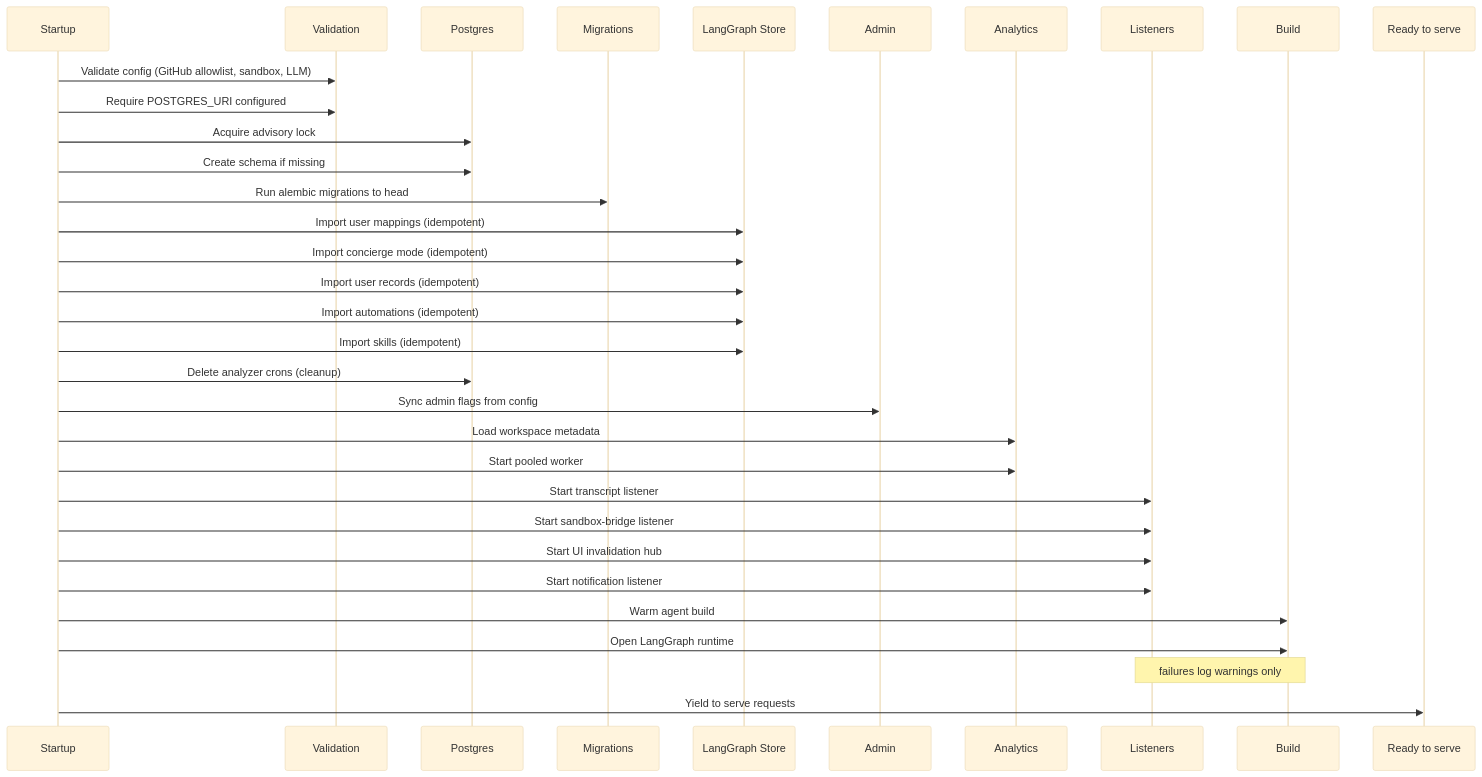
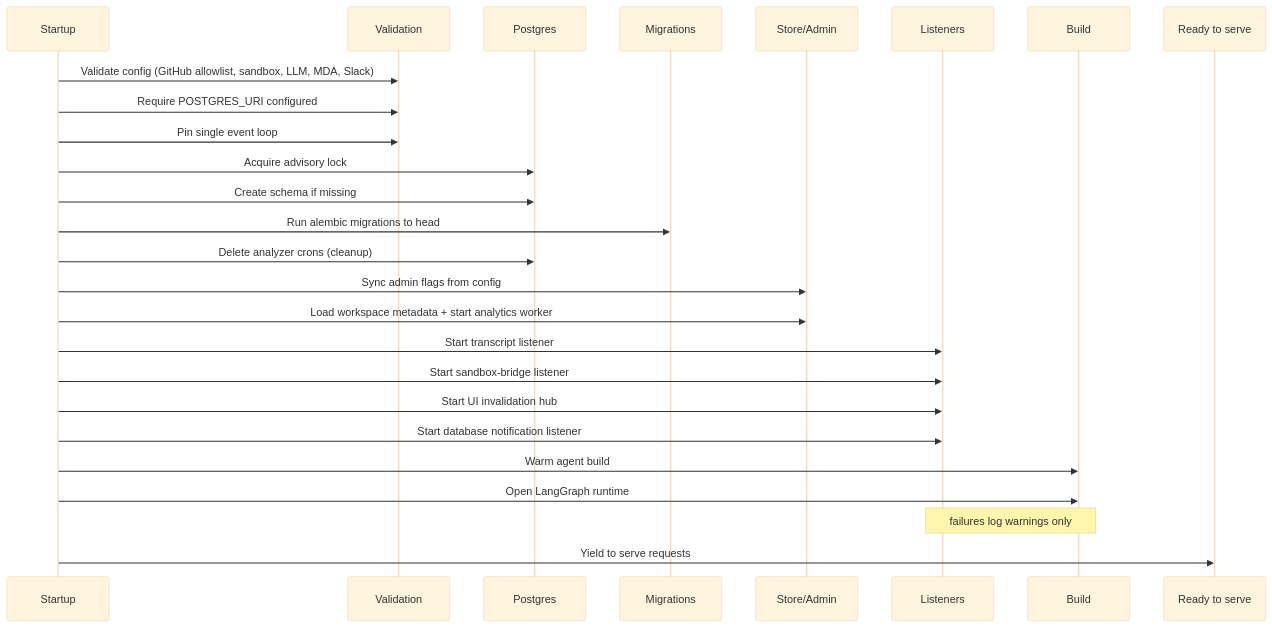
One commit to aeteq/open-swe changed the diagram in openwiki/operations/deployment.md. Above: the diagram before and after it, drawn with Mermaid (base theme). The commit also changed other lines of this file and 48 other files, not shown here.

````diff
--- a/openwiki/operations/deployment.md
+++ b/openwiki/operations/deployment.md
@@ -69,36 +69,29 @@
 ```mermaid
 sequenceDiagram
   participant Boot as Startup
   participant Validation as Validation
   participant DB as Postgres
   participant Migrations as Migrations
-  participant Store as LangGraph Store
-  participant Admin as Admin
-  participant Analytics as Analytics
+  participant Store as Store/Admin
   participant Listeners as Listeners
   participant Build as Build
   participant Ready as Ready to serve
 
-  Boot->>Validation: Validate config (GitHub allowlist, sandbox, LLM)
+  Boot->>Validation: Validate config (GitHub allowlist, sandbox, LLM, MDA, Slack)
   Boot->>Validation: Require POSTGRES_URI configured
+  Boot->>Validation: Pin single event loop
   Boot->>DB: Acquire advisory lock
   Boot->>DB: Create schema if missing
   Boot->>Migrations: Run alembic migrations to head
-  Boot->>Store: Import user mappings (idempotent)
-  Boot->>Store: Import concierge mode (idempotent)
-  Boot->>Store: Import user records (idempotent)
-  Boot->>Store: Import automations (idempotent)
-  Boot->>Store: Import skills (idempotent)
   Boot->>DB: Delete analyzer crons (cleanup)
-  Boot->>Admin: Sync admin flags from config
-  Boot->>Analytics: Load workspace metadata
-  Boot->>Analytics: Start pooled worker
+  Boot->>Store: Sync admin flags from config
+  Boot->>Store: Load workspace metadata + start analytics worker
   Boot->>Listeners: Start transcript listener
   Boot->>Listeners: Start sandbox-bridge listener
   Boot->>Listeners: Start UI invalidation hub
-  Boot->>Listeners: Start notification listener
+  Boot->>Listeners: Start database notification listener
   Boot->>Build: Warm agent build
   Boot->>Build: Open LangGraph runtime
   Note over Listeners,Build: failures log warnings only
   Boot->>Ready: Yield to serve requests
 ```
````
